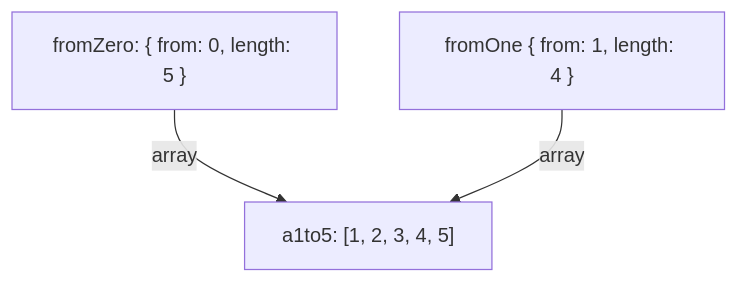
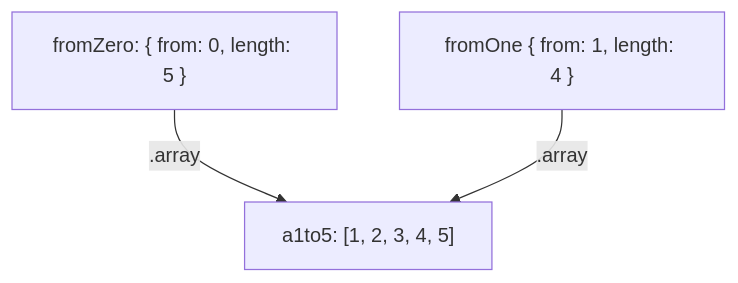
The fifth of 7 diagrams in _posts/2019-01-14-structural-sharing-and-copy-on-write.md (raganwald/raganwald.github.com), drawn with Mermaid before and after one commit. The commit also changed other lines of this file, not shown here.

```diff
--- a/_posts/2019-01-14-structural-sharing-and-copy-on-write.md
+++ b/_posts/2019-01-14-structural-sharing-and-copy-on-write.md
@@ -363,5 +363,5 @@
 <div class="mermaid">
   graph TD
-    b["fromZero: { from: 0, length: 5 }"]-- array -->a["a1to5: [1, 2, 3, 4, 5]"]
-    c["fromOne { from: 1, length: 4 }"]-- array -->a;
+    b["fromZero: { from: 0, length: 5 }"]-- .array -->a["a1to5: [1, 2, 3, 4, 5]"]
+    c["fromOne { from: 1, length: 4 }"]-- .array -->a;
 </div>
```
